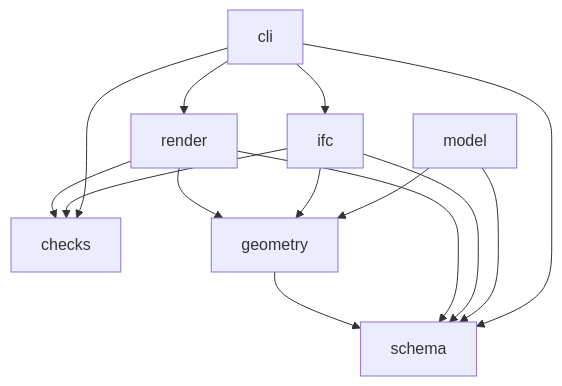
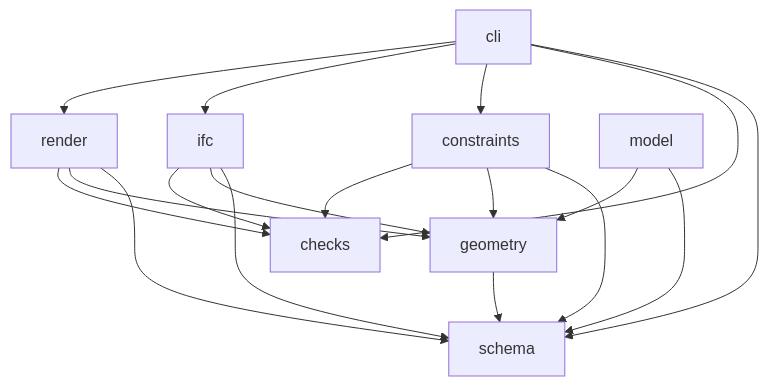
One commit to joshuabalfe/elmstead changed the second of 2 diagrams in docs/architecture.md. Above: the diagram before and after it, drawn with Mermaid. The commit also changed other lines of this file and 5 other files, not shown here.

````diff
--- a/docs/architecture.md
+++ b/docs/architecture.md
@@ -79,8 +82,9 @@
 ```mermaid
 flowchart TD
-  cli --> schema & checks & ifc & render
+  cli --> schema & checks & constraints & ifc & render
+  constraints --> schema & geometry & checks
   model --> schema & geometry
   ifc --> schema & geometry & checks
   render --> schema & geometry & checks
   geometry --> schema
 ```
````
